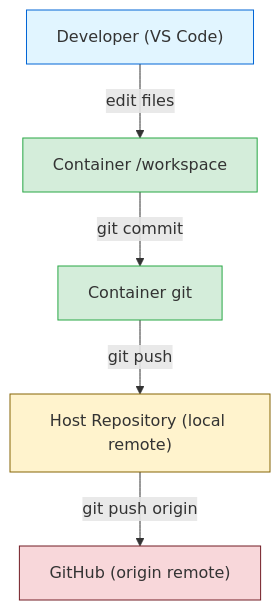
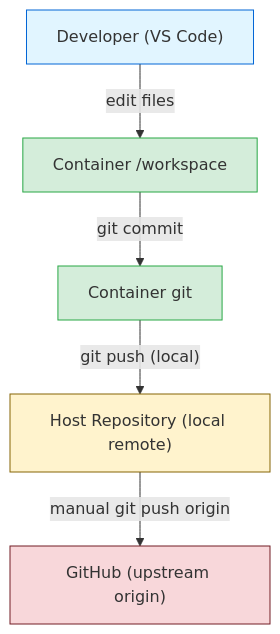
Diagram 11 of 13 in docs/architecture.md (novotnyllc/ContainAI), drawn with Mermaid before and after one commit. The commit also changed other lines of this file and 15 other files, not shown here.

First line of the commit message:
Enhance local remote management and synchronization in containerized git workflows

````diff
--- a/docs/architecture.md
+++ b/docs/architecture.md
@@ -469,19 +474,19 @@
 ```mermaid
 flowchart TB
     dev["Developer (VS Code)"]
     workspace["Container /workspace"]
     git["Container git"]
     host["Host Repository (local remote)"]
-    github["GitHub (origin remote)"]
+    github["GitHub (upstream origin)"]
     
     dev -->|"edit files"| workspace
     workspace -->|"git commit"| git
-    git -->|"git push"| host
-    host -->|"git push origin"| github
+    git -->|"git push (local)"| host
+    host -->|"manual git push origin"| github
     
     style dev fill:#e1f5ff,stroke:#0366d6
     style workspace fill:#d4edda,stroke:#28a745
     style git fill:#d4edda,stroke:#28a745
     style host fill:#fff3cd,stroke:#856404
     style github fill:#f8d7da,stroke:#721c24
 ```
````
